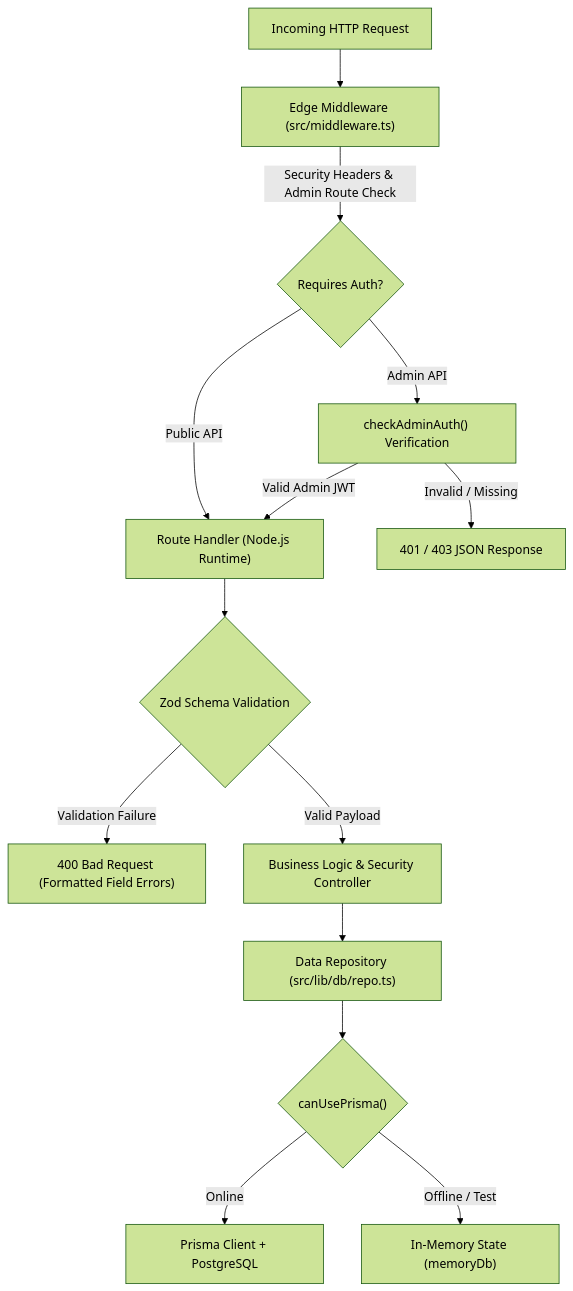
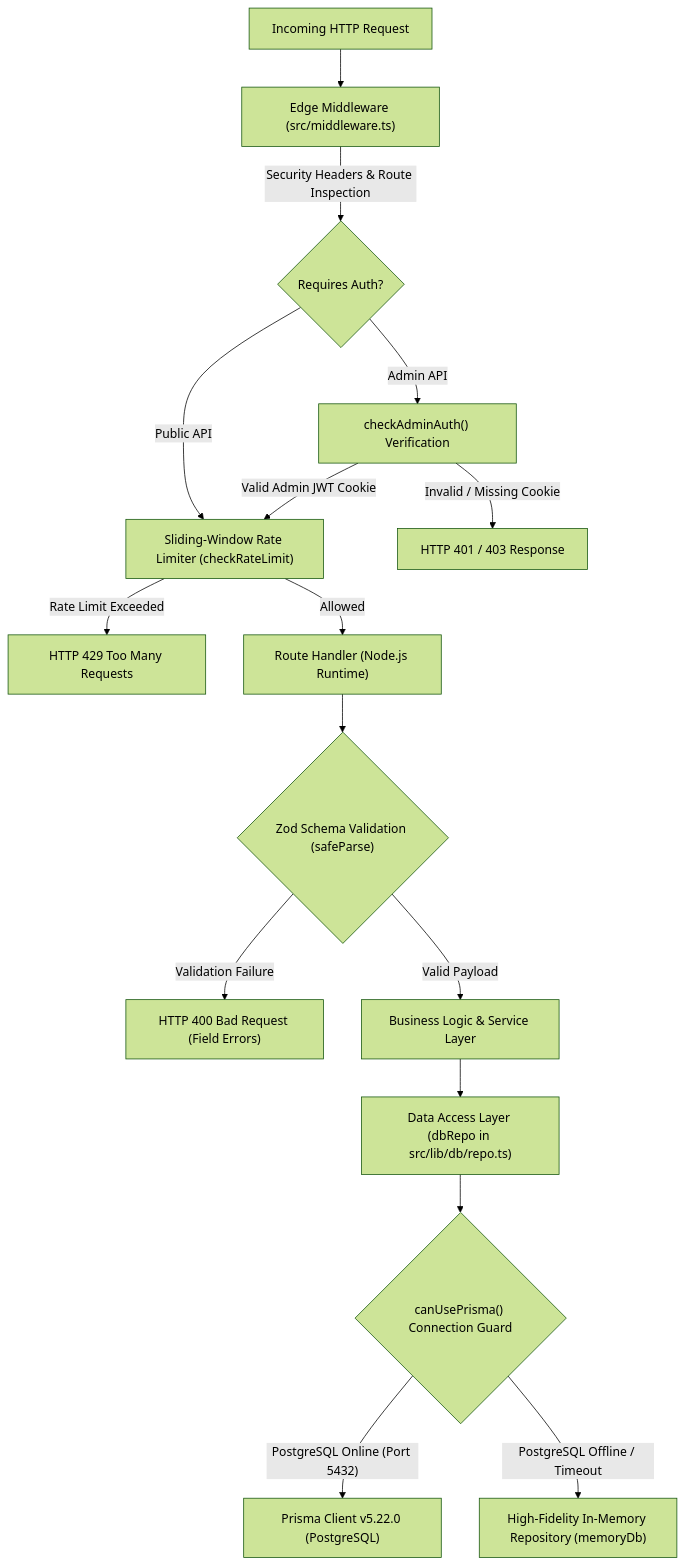
The first of 2 diagrams in docs/BACKEND_ARCHITECTURE.md (ashutoshkumar2656/The-Jawed-Habib), drawn with Mermaid (forest theme) before and after one commit. The commit also changed other lines of this file and 4 other files, not shown here.

````diff
--- a/docs/BACKEND_ARCHITECTURE.md
+++ b/docs/BACKEND_ARCHITECTURE.md
@@ -15,16 +15,24 @@
 ```mermaid
 flowchart TD
     ClientReq["Incoming HTTP Request"] --> EdgeMW["Edge Middleware (src/middleware.ts)"]
-    EdgeMW -- "Security Headers & Admin Route Check" --> AuthHandler{"Requires Auth?"}
-    AuthHandler -- "Public API" --> RouteHandler["Route Handler (Node.js Runtime)"]
+    EdgeMW -- "Security Headers & Route Inspection" --> AuthHandler{"Requires Auth?"}
+    
+    AuthHandler -- "Public API" --> RateLimitCheck["Sliding-Window Rate Limiter (checkRateLimit)"]
     AuthHandler -- "Admin API" --> RBACCheck["checkAdminAuth() Verification"]
-    RBACCheck -- "Valid Admin JWT" --> RouteHandler
-    RBACCheck -- "Invalid / Missing" --> Err401["401 / 403 JSON Response"]
-    RouteHandler --> ZodValidator{"Zod Schema Validation"}
-    ZodValidator -- "Validation Failure" --> Err400["400 Bad Request (Formatted Field Errors)"]
-    ZodValidator -- "Valid Payload" --> BusinessLogic["Business Logic & Security Controller"]
-    BusinessLogic --> RepoLayer["Data Repository (src/lib/db/repo.ts)"]
-    RepoLayer --> DualPersistence{"canUsePrisma()"}
-    DualPersistence -- "Online" --> PrismaEngine["Prisma Client + PostgreSQL"]
-    DualPersistence -- "Offline / Test" --> InMemEngine["In-Memory State (memoryDb)"]
+    
+    RBACCheck -- "Valid Admin JWT Cookie" --> RateLimitCheck
+    RBACCheck -- "Invalid / Missing Cookie" --> Err401["HTTP 401 / 403 Response"]
+    
+    RateLimitCheck -- "Rate Limit Exceeded" --> Err429["HTTP 429 Too Many Requests"]
+    RateLimitCheck -- "Allowed" --> RouteHandler["Route Handler (Node.js Runtime)"]
+    
+    RouteHandler --> ZodValidator{"Zod Schema Validation (safeParse)"}
+    ZodValidator -- "Validation Failure" --> Err400["HTTP 400 Bad Request (Field Errors)"]
+    ZodValidator -- "Valid Payload" --> BusinessLogic["Business Logic & Service Layer"]
+    
+    BusinessLogic --> RepoLayer["Data Access Layer (dbRepo in src/lib/db/repo.ts)"]
+    RepoLayer --> DualPersistence{"canUsePrisma() Connection Guard"}
+    
+    DualPersistence -- "PostgreSQL Online (Port 5432)" --> PrismaEngine["Prisma Client v5.22.0 (PostgreSQL)"]
+    DualPersistence -- "PostgreSQL Offline / Timeout" --> InMemEngine["High-Fidelity In-Memory Repository (memoryDb)"]
 ```
````
